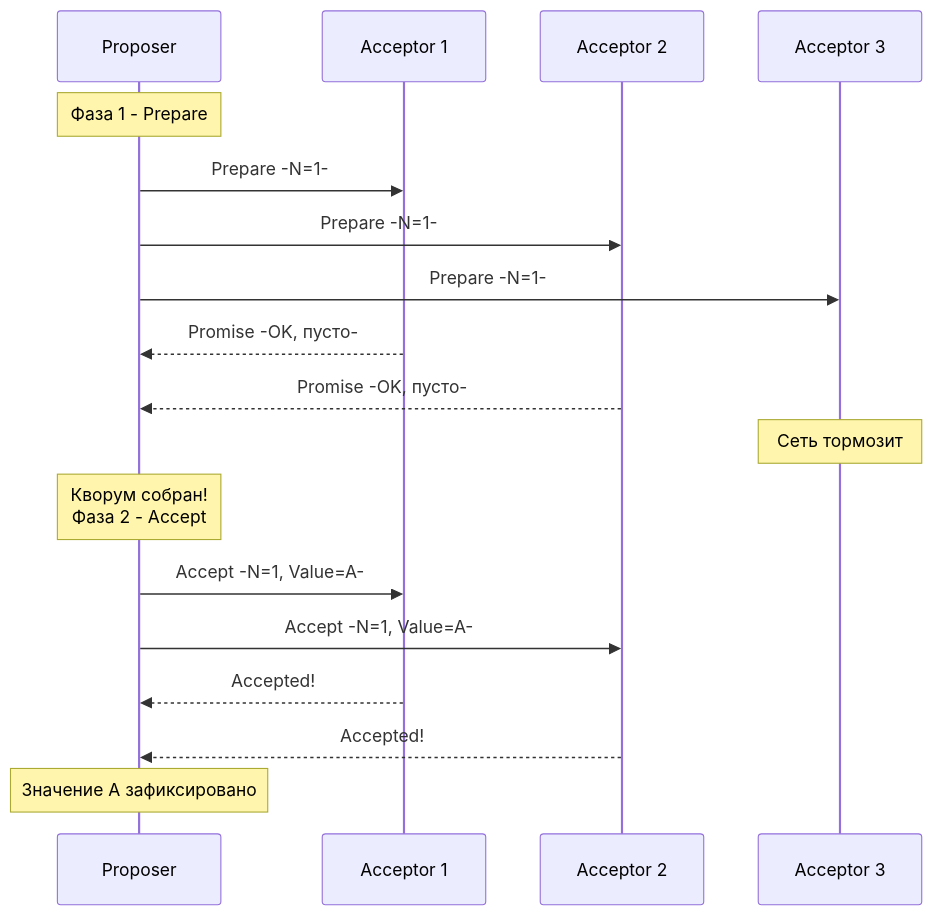
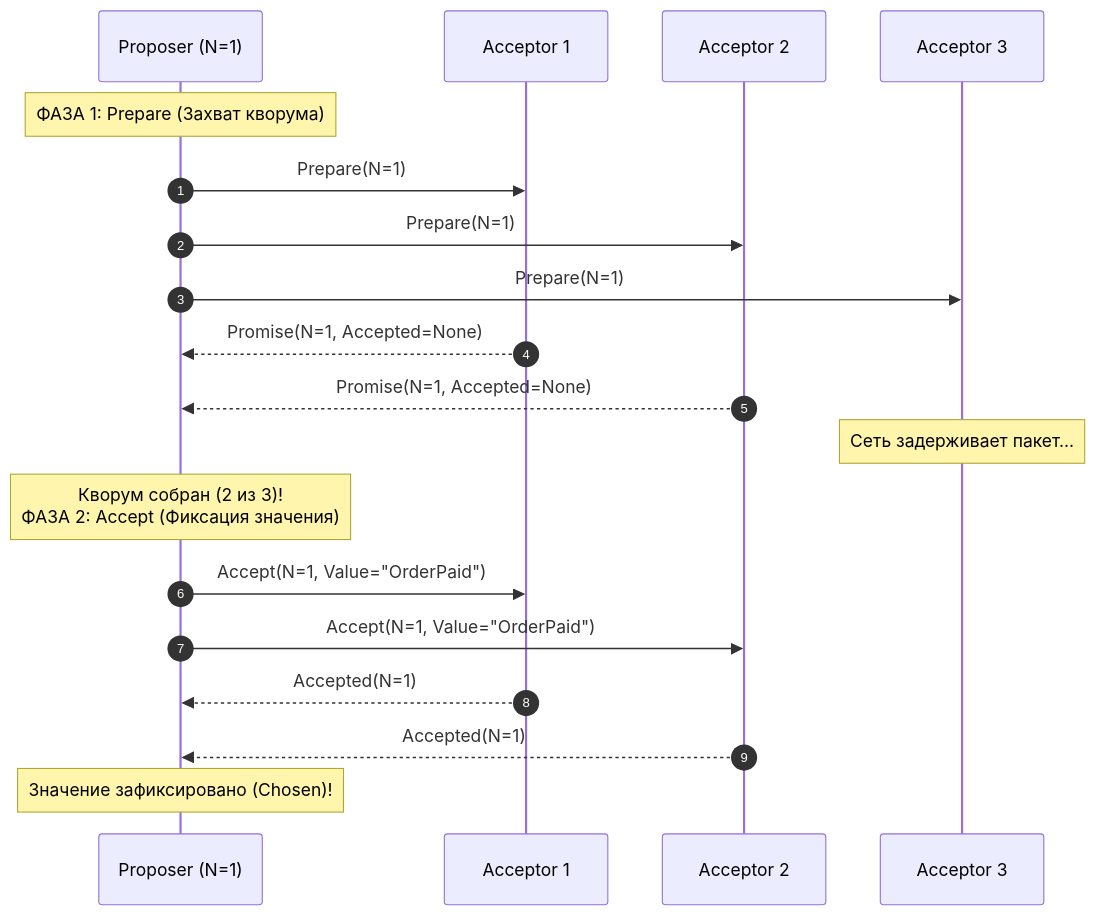
The second of 3 diagrams in sources/14. Распределенные системы на Go/02. Консенсус/6. Paxos обзорно.md (UnrealTemplier/go-textbook), drawn with Mermaid before and after one commit. The commit also changed other lines of this file, not shown here.

````diff
--- a/sources/14. Распределенные системы на Go/02. Консенсус/6. Paxos обзорно.md
+++ b/sources/14. Распределенные системы на Go/02. Консенсус/6. Paxos обзорно.md
@@ -52,24 +90,25 @@
 ```mermaid
 sequenceDiagram
-    participant P as Proposer
+    autonumber
+    participant P as Proposer (N=1)
     participant A1 as Acceptor 1
     participant A2 as Acceptor 2
     participant A3 as Acceptor 3
+
+    Note over P: ФАЗА 1: Prepare (Захват кворума)
+    P->>A1: Prepare(N=1)
+    P->>A2: Prepare(N=1)
+    P->>A3: Prepare(N=1)
     
-    Note over P: Фаза 1 - Prepare
-    P->>A1: Prepare -N=1-
-    P->>A2: Prepare -N=1-
-    P->>A3: Prepare -N=1-
-    
-    A1-->>P: Promise -OK, пусто-
-    A2-->>P: Promise -OK, пусто-
-    Note over A3: Сеть тормозит
-    
-    Note over P: Кворум собран! <br>Фаза 2 - Accept
-    P->>A1: Accept -N=1, Value=A-
-    P->>A2: Accept -N=1, Value=A-
-    
-    A1-->>P: Accepted!
-    A2-->>P: Accepted!
-    Note over P: Значение А зафиксировано
+    A1-->>P: Promise(N=1, Accepted=None)
+    A2-->>P: Promise(N=1, Accepted=None)
+    Note over A3: Сеть задерживает пакет...
+
+    Note over P: Кворум собран (2 из 3)!<br/>ФАЗА 2: Accept (Фиксация значения)
+    P->>A1: Accept(N=1, Value="OrderPaid")
+    P->>A2: Accept(N=1, Value="OrderPaid")
+
+    A1-->>P: Accepted(N=1)
+    A2-->>P: Accepted(N=1)
+    Note over P: Значение зафиксировано (Chosen)!
 ```
````
